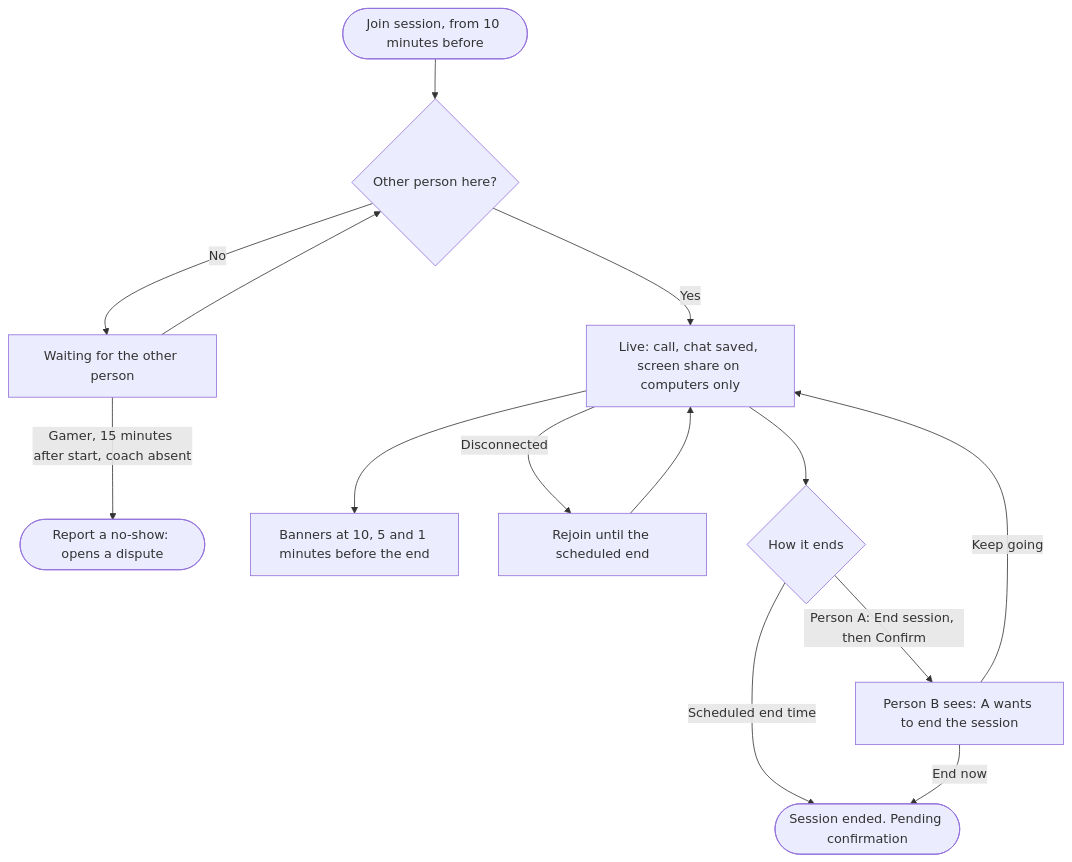
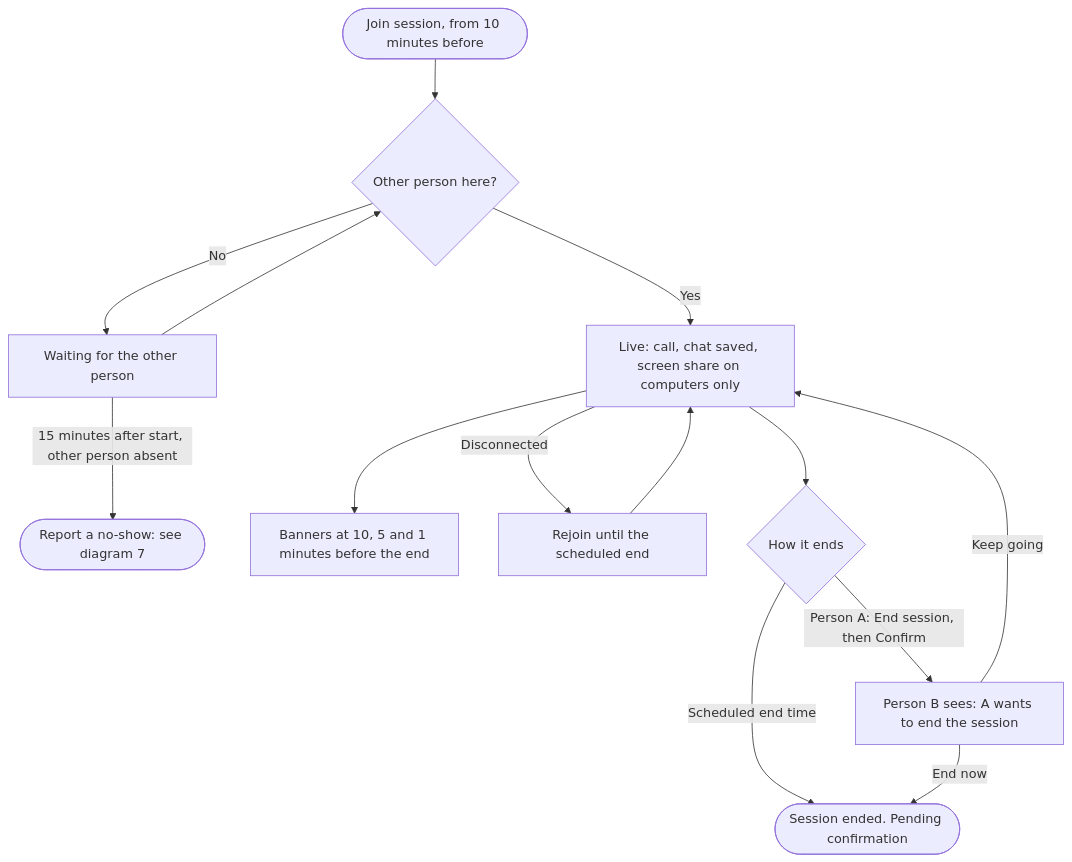
One commit to ILoveWaterSm/Harbourly-Waitlist-2.0 changed the fifth of 13 diagrams in design/USER-FLOW.md. Above: the diagram before and after it, drawn with Mermaid. The commit also changed other lines of this file and 3 other files, not shown here.

First line of the commit message:
Record the 23 Oct policy update: New Coach without a Verified badge, 6% fee and 12% commission, 1-hour cancellation with 50/50 split, no-show reports, price floor

````diff
--- a/design/USER-FLOW.md
+++ b/design/USER-FLOW.md
@@ -171,16 +171,16 @@
 ```mermaid
 flowchart TD
   Join(["Join session, from 10 minutes before"]) --> Waiting{"Other person here?"}
   Waiting -->|"No"| Room["Waiting for the other person"]
   Room --> Waiting
-  Room -->|"Gamer, 15 minutes after start, coach absent"| NoShow(["Report a no-show: opens a dispute"])
+  Room -->|"15 minutes after start, other person absent"| NoShow(["Report a no-show: see diagram 7"])
   Waiting -->|"Yes"| Live["Live: call, chat saved, screen share on computers only"]
   Live --> Banners["Banners at 10, 5 and 1 minutes before the end"]
   Live -->|"Disconnected"| Rejoin["Rejoin until the scheduled end"]
   Rejoin --> Live
   Live --> EndHow{"How it ends"}
   EndHow -->|"Scheduled end time"| Ended
   EndHow -->|"Person A: End session, then Confirm"| Ask["Person B sees: A wants to end the session"]
   Ask -->|"Keep going"| Live
   Ask -->|"End now"| Ended(["Session ended. Pending confirmation"])
 ```
````
